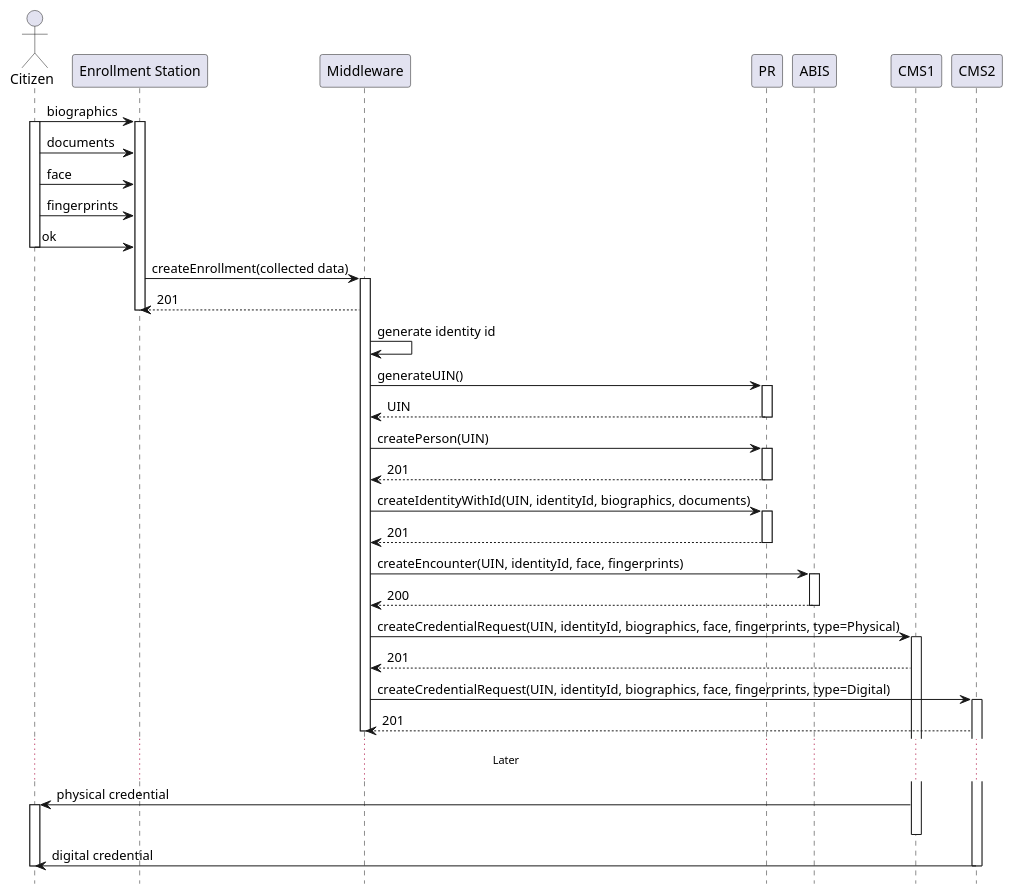
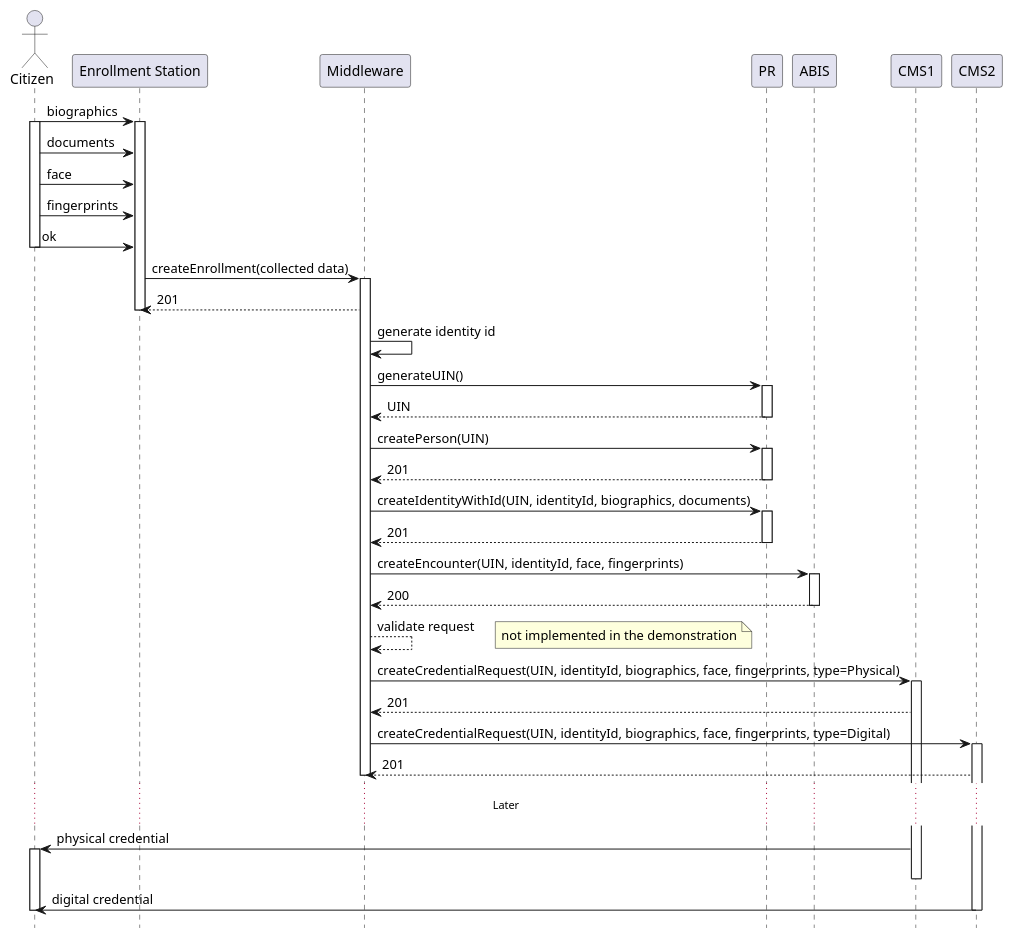
One commit to SecureIdentityAlliance/osia changed the sixth of 10 diagrams in src/doc/02 - functional.rst. Above: the diagram before and after it, drawn with PlantUML. The commit also changed other lines of this file, not shown here.

```diff
--- a/src/doc/02 - functional.rst
+++ b/src/doc/02 - functional.rst
@@ -609,58 +624,61 @@
 .. uml::
     :caption: Credentials Issuance Use Case
     :scale: 50%
 
     hide footbox
     actor "Citizen" as citizen
     participant "Enrollment Station" as ENR
     participant "Middleware" as MW
     participant "PR" as PR
     participant "ABIS" as ABIS
     participant "CMS1" as CMS1
     participant "CMS2" as CMS2
      
     citizen -> ENR: biographics
     activate citizen
     activate ENR
     citizen -> ENR: documents
     citizen -> ENR: face
     citizen -> ENR: fingerprints
     citizen -> ENR: ok
     deactivate citizen
 
     ENR -> MW: createEnrollment(collected data)
     activate MW
     MW --> ENR: 201
     deactivate ENR
 
     MW -> MW: generate identity id
 
     MW -> PR++: generateUIN()
     return UIN
 
     MW -> PR++: createPerson(UIN)
     return 201
     MW -> PR++: createIdentityWithId(UIN, identityId, biographics, documents)
     return 201
 
     MW -> ABIS++: createEncounter(UIN, identityId, face, fingerprints)
     return 200
 
+    MW --> MW: validate request
+    note right: not implemented in the demonstration
+
     MW -> CMS1: createCredentialRequest(UIN, identityId, biographics, face, fingerprints, type=Physical)
     activate CMS1
     CMS1 --> MW: 201
 
     MW -> CMS2: createCredentialRequest(UIN, identityId, biographics, face, fingerprints, type=Digital)
     activate CMS2
     CMS2 --> MW: 201
     deactivate MW
 
     ... Later ...
 
     CMS1 -> citizen: physical credential
     activate citizen
     deactivate CMS1
 
     CMS2 -> citizen: digital credential
     deactivate CMS2
     deactivate citizen
```
